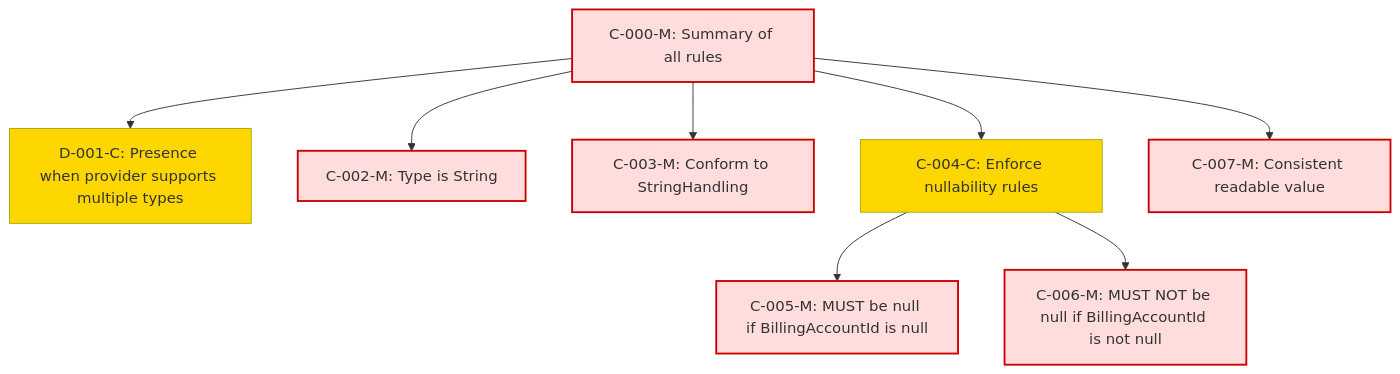
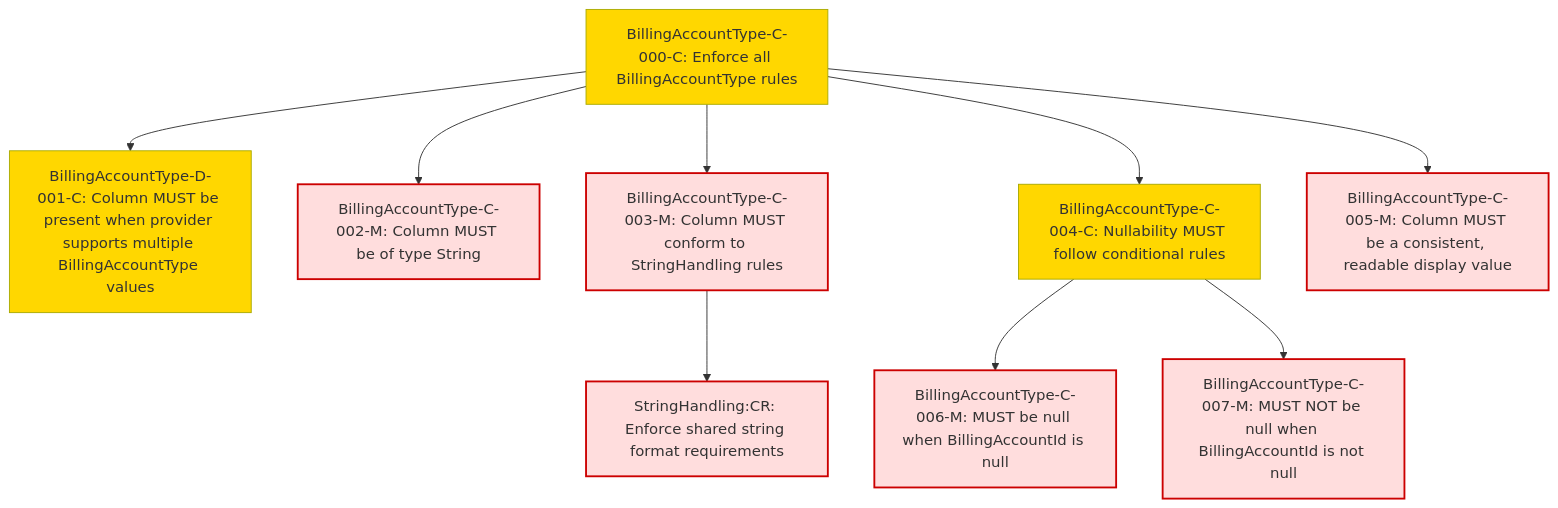
The diagram in specification/conformance/cr-stage1/billingaccounttype_cr.md (FinOps-Open-Cost-and-Usage-Spec/FOCUS_Spec), drawn with Mermaid before and after one commit. The commit also changed other lines of this file, not shown here.

Commit message:
billing account type

````diff
--- a/specification/conformance/cr-stage1/billingaccounttype_cr.md
+++ b/specification/conformance/cr-stage1/billingaccounttype_cr.md
@@ -18,34 +17,37 @@
 ```mermaid
 graph TD
 
 %% Root Composite
-BAT000["C-000-M: Summary of all rules"]
-BAT001["D-001-C: Presence when provider supports multiple types"]
-BAT002["C-002-M: Type is String"]
-BAT003["C-003-M: Conform to StringHandling"]
-BAT004["C-004-C: Enforce nullability rules"]
-BAT005["C-005-M: MUST be null if BillingAccountId is null"]
-BAT006["C-006-M: MUST NOT be null if BillingAccountId is not null"]
-BAT007["C-007-M: Consistent readable value"]
+BAT000["BillingAccountType-C-000-C: Enforce all BillingAccountType rules"]
+BAT001["BillingAccountType-D-001-C: Column MUST be present when provider supports multiple BillingAccountType values"]
+BAT002["BillingAccountType-C-002-M: Column MUST be of type String"]
+BAT003["BillingAccountType-C-003-M: Column MUST conform to StringHandling rules"]
+BAT004["BillingAccountType-C-004-C: Nullability MUST follow conditional rules"]
+BAT005["BillingAccountType-C-005-M: Column MUST be a consistent, readable display value"]
+BAT006["BillingAccountType-C-006-M: MUST be null when BillingAccountId is null"]
+BAT007["BillingAccountType-C-007-M: MUST NOT be null when BillingAccountId is not null"]
+BATX01["StringHandling:CR: Enforce shared string format requirements"]
 
 %% Root connections
 BAT000 --> BAT001
 BAT000 --> BAT002
 BAT000 --> BAT003
 BAT000 --> BAT004
-BAT000 --> BAT007
+BAT000 --> BAT005
 
-%% Nullability composite connections
-BAT004 --> BAT005
+%% Intermediate composite
 BAT004 --> BAT006
+BAT004 --> BAT007
+
+%% Attribute link
+BAT003 --> BATX01
 
 %% Styling by Rule Type
 classDef mandatory fill:#fdd,stroke:#c00,stroke-width:2px;
 classDef conditional fill:#ffd700,stroke:#aa0,stroke-width:1px;
 classDef optional fill:#c0f5c0,stroke:#2c8c2c,stroke-width:1px;
 
-class BAT000 mandatory;
-class BAT001 conditional;
+class BAT000,BAT001,BAT004 conditional;
 class BAT002,BAT003,BAT005,BAT006,BAT007 mandatory;
-class BAT004 conditional;
+class BATX01 mandatory;
 ```
````
